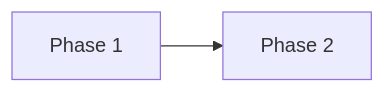
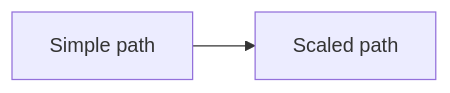
One commit to redrhino-online/red-canon changed the first of 3 diagrams in docs/method/enrollment-evolution.md. Above: the diagram before and after it, drawn with Mermaid. The commit also changed other lines of this file and 7 other files, not shown here.

Commit message:
docs(method): name the enrollment paths simple and scaled

````diff
--- a/docs/method/enrollment-evolution.md
+++ b/docs/method/enrollment-evolution.md
@@ -5,4 +5,4 @@
 ```mermaid
 flowchart LR
-    A[Phase 1] --> B[Phase 2]
+    A[Simple path] --> B[Scaled path]
 ```
````
